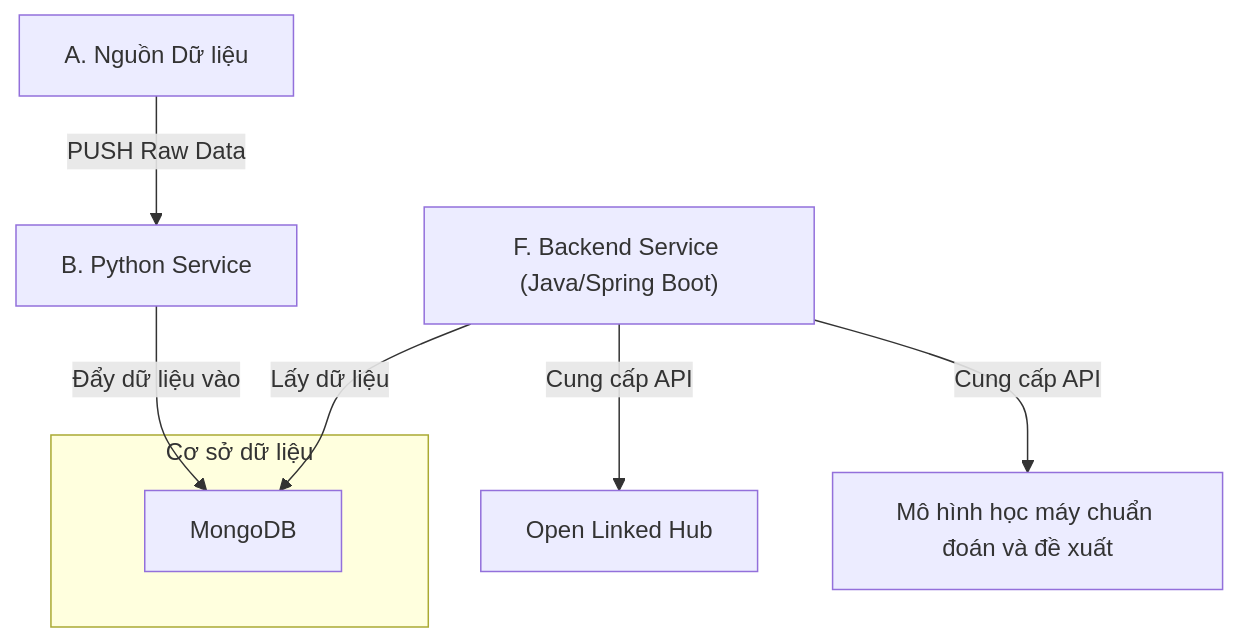
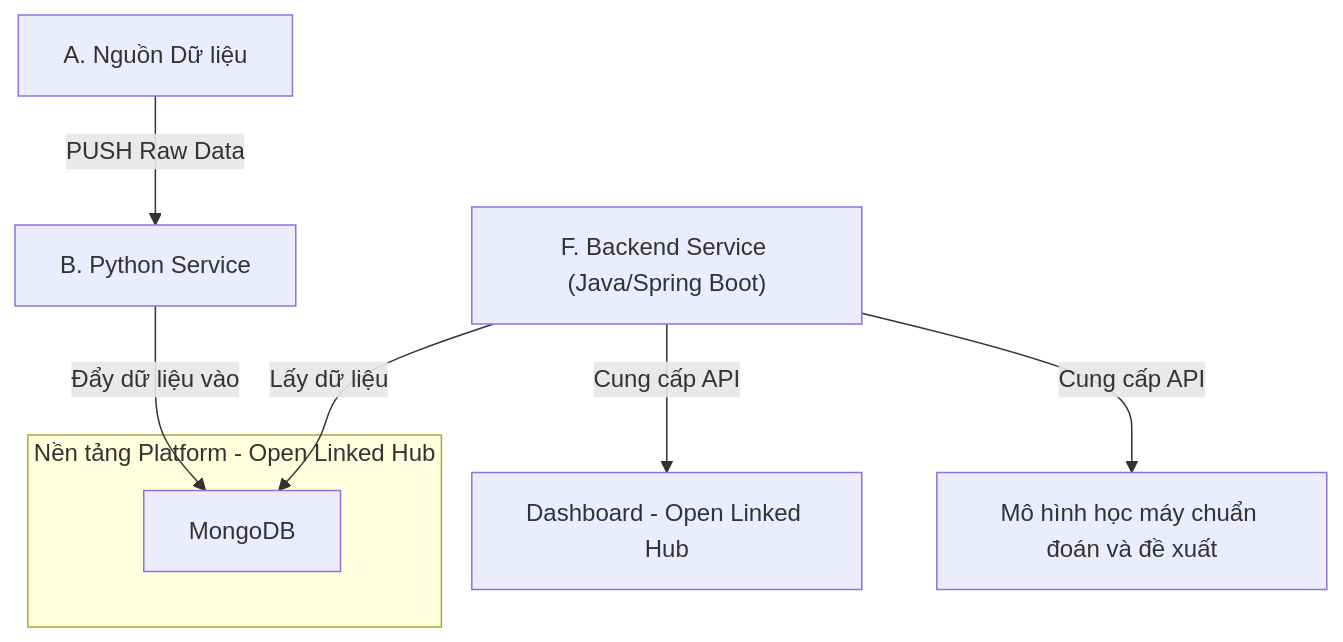
One commit to Haui-HIT-H2K/Ldx-Insight changed the diagram in README.md. Above: the diagram before and after it, drawn with Mermaid.

````diff
--- a/README.md
+++ b/README.md
@@ -34,36 +34,36 @@
 ```mermaid
 graph TD;
     %% ---- 1. Nguồn ----
     A["A. Nguồn Dữ liệu"];
     
     %% ---- 2. Phân loại ----
     B["B. Python Service"];
     
     %% ---- 3. Cơ sở dữ liệu ----
-    subgraph "Cơ sở dữ liệu"
+    subgraph "Nền tảng Platform - Open Linked Hub"
         C["MongoDB"];
     end
 
     %% ---- 4. Logic Backend (Ý tưởng của bạn) ----
     F["F. Backend Service (Java/Spring Boot)"];
 
 
     %% ---- 6. Ứng dụng Demo ----
-    J["Open Linked Hub"];
+    J[" Dashboard - Open Linked Hub"];
     K["Mô hình học máy chuẩn đoán và đề xuất"]
 
     %% ---- ĐỊNH NGHĨA LUỒNG DỮ LIỆU ----
     
     %% Luồng 1+2: PUSH & Route
     A -- "PUSH Raw Data" --> B;
     B -- "Đẩy dữ liệu vào" --> C;
 
     %% Luồng 3: PULL (Ý tưởng của bạn)
     F -- "Lấy dữ liệu" --> C;
 
     F -- "Cung cấp API" --> J;
     F -- "Cung cấp API" --> K;
     
 
     
 ```
````
